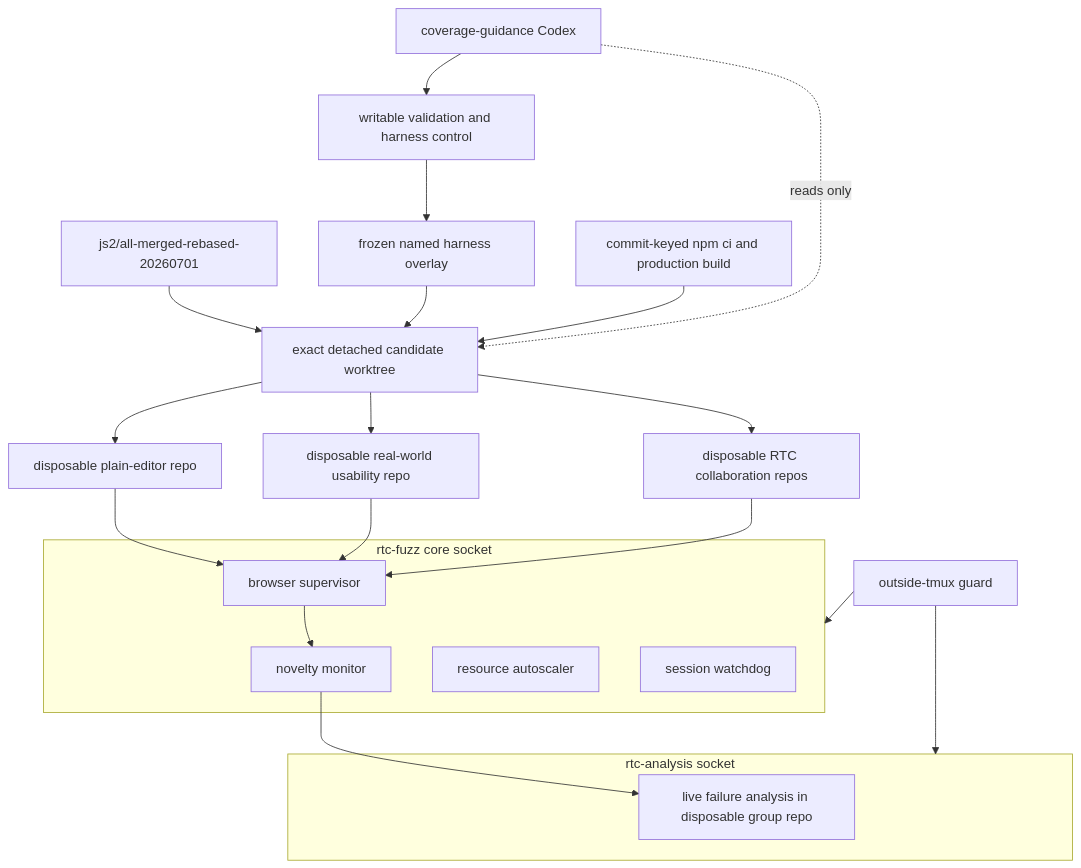
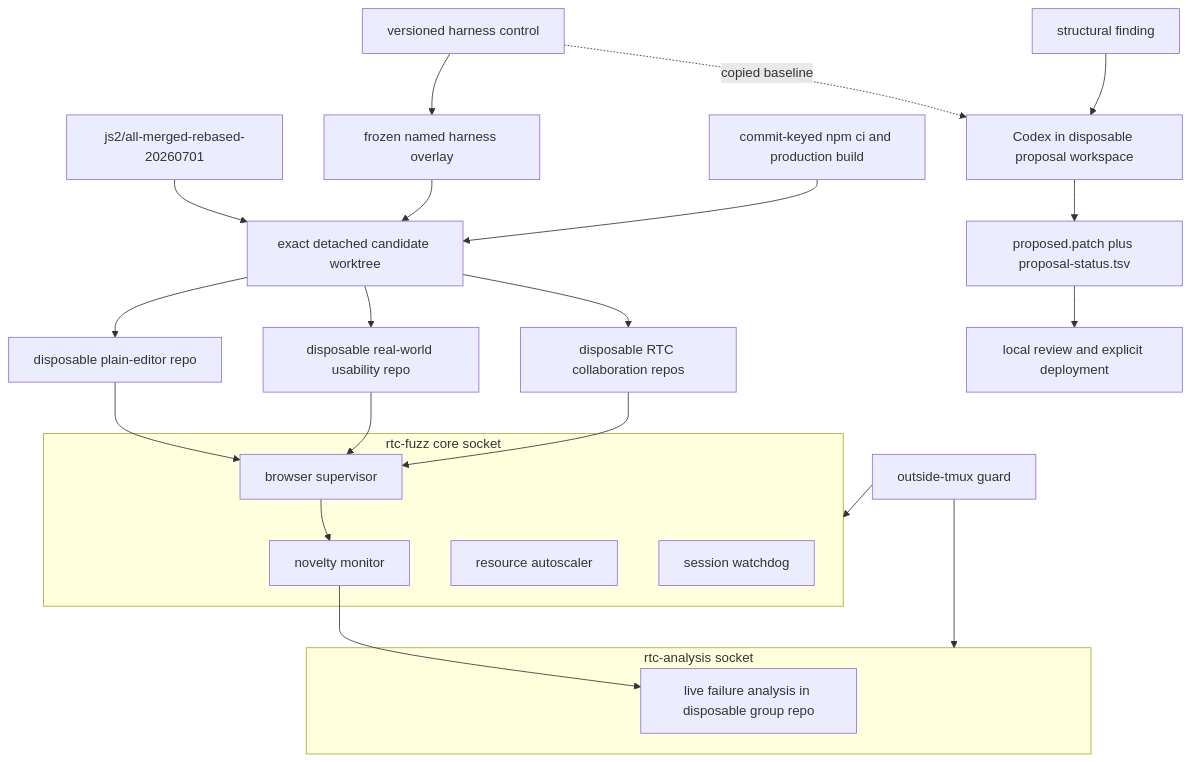
One commit to danluu/gutenberg changed the first of 12 diagrams in docs/explanations/architecture/rtc-jetstream2-fuzzing-architecture-and-loops-20260515.md. Above: the diagram before and after it, drawn with Mermaid. The commit also changed other lines of this file and 19 other files, not shown here.

Commit message:
Harden JS2 fuzzing control and repair progress

````diff
--- a/docs/explanations/architecture/rtc-jetstream2-fuzzing-architecture-and-loops-20260515.md
+++ b/docs/explanations/architecture/rtc-jetstream2-fuzzing-architecture-and-loops-20260515.md
@@ -595,32 +728,34 @@
 ```mermaid
 flowchart TB
     Ref[js2/all-merged-rebased-20260701] --> Exact[exact detached candidate worktree]
-    Harness[writable validation and harness control] --> Frozen[frozen named harness overlay]
+    Harness[versioned harness control] --> Frozen[frozen named harness overlay]
     Frozen --> Exact
     Deps[commit-keyed npm ci and production build] --> Exact
     Exact --> G1[disposable plain-editor repo]
     Exact --> G2[disposable real-world usability repo]
     Exact --> G3[disposable RTC collaboration repos]
 
     subgraph Core[rtc-fuzz core socket]
         Monitor[novelty monitor]
         Supervisor[browser supervisor]
         Resource[resource autoscaler]
         Watchdog[session watchdog]
     end
 
     subgraph Analysis[rtc-analysis socket]
         Live[live failure analysis in disposable group repo]
     end
 
-    Guidance[coverage-guidance Codex] --> Harness
-    Guidance -. reads only .-> Exact
+    Finding[structural finding] --> Repair[Codex in disposable proposal workspace]
+    Harness -. copied baseline .-> Repair
+    Repair --> Patch[proposed.patch plus proposal-status.tsv]
+    Patch --> Review[local review and explicit deployment]
 
     G1 --> Supervisor
     G2 --> Supervisor
     G3 --> Supervisor
     Supervisor --> Monitor
     Monitor --> Live
     Guard[outside-tmux guard] --> Core
     Guard --> Analysis
 ```
````
